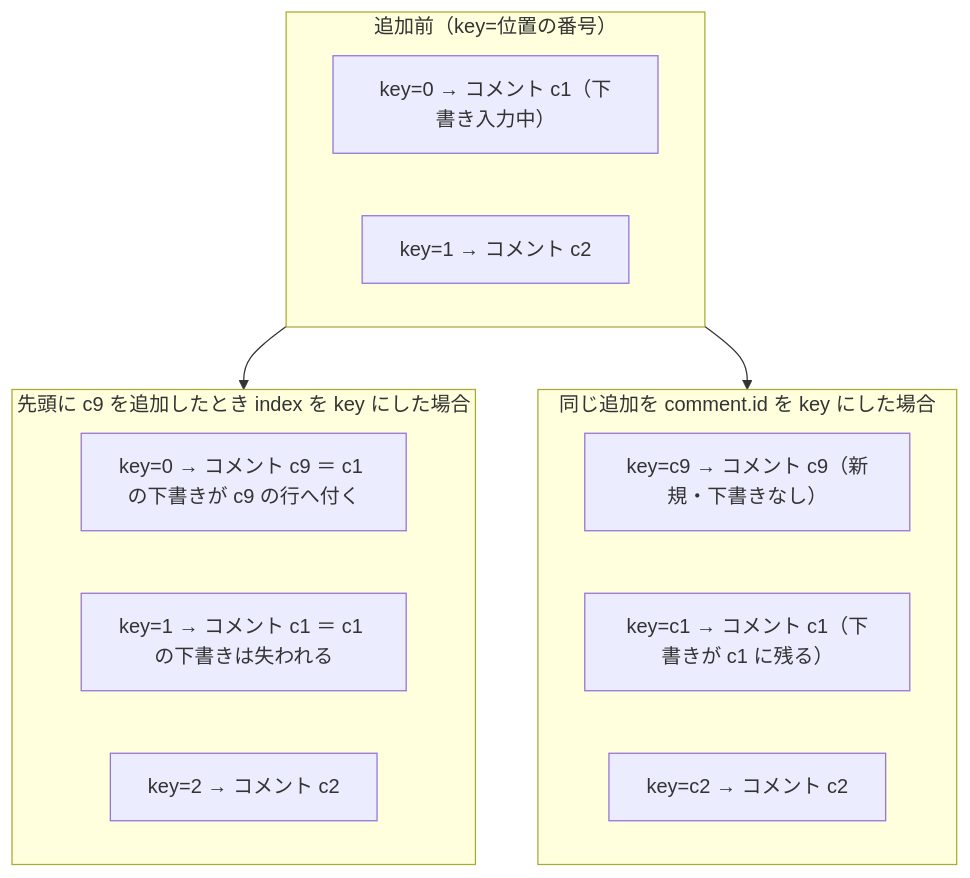
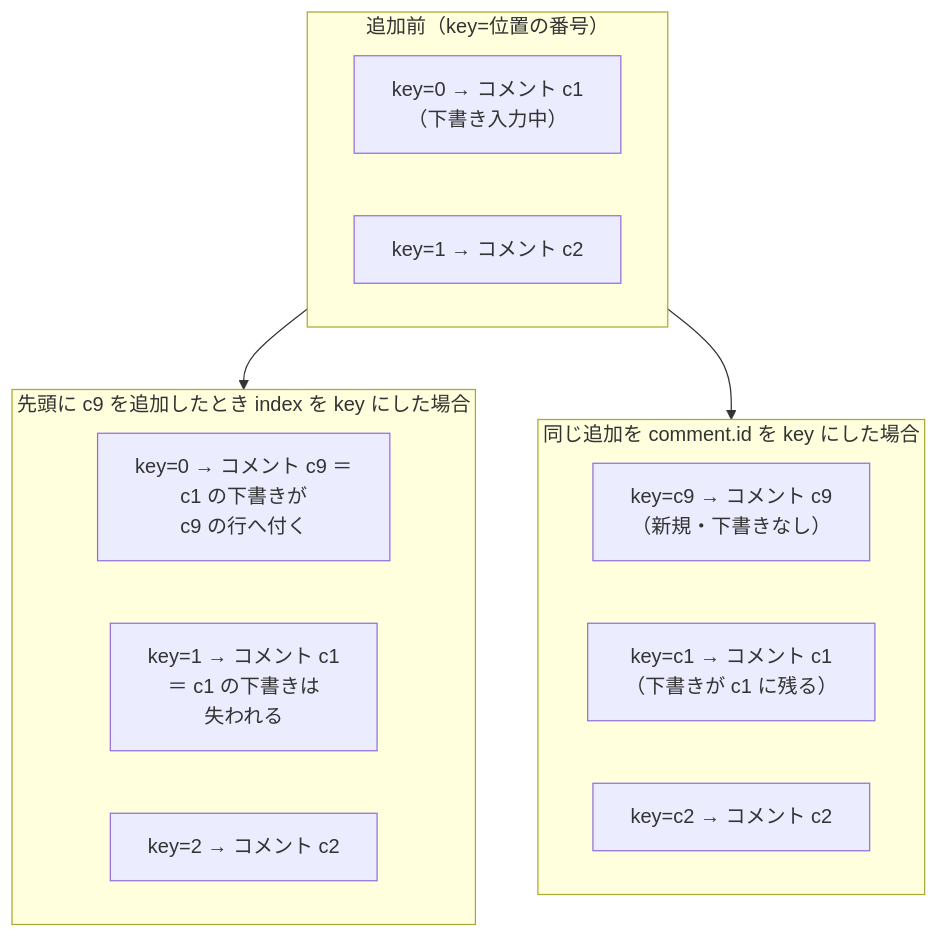
Before and after one commit to kouiso/task-app: the third of 3 diagrams in material/30days-curriculum/day18_コメント投稿.md, drawn with Mermaid. The commit also changed other lines of this file and 24 other files, not shown here.

First line of the commit message:
fix(material): Mermaid 図のファイル名キャプションとノード途中折れを直す (#457) (#718)

````diff
--- a/material/30days-curriculum/day18_コメント投稿.md
+++ b/material/30days-curriculum/day18_コメント投稿.md
@@ -1608,19 +1609,19 @@
 ```mermaid
 flowchart TB
     subgraph BEFORE["追加前（key=位置の番号）"]
-        B1["key=0 → コメント c1（下書き入力中）"]
+        B1["key=0 → コメント c1<br/>（下書き入力中）"]
         B2["key=1 → コメント c2"]
     end
     subgraph IDX["先頭に c9 を追加したとき index を key にした場合"]
-        I1["key=0 → コメント c9 ＝ c1 の下書きが c9 の行へ付く"]
-        I2["key=1 → コメント c1 ＝ c1 の下書きは失われる"]
+        I1["key=0 → コメント c9 ＝<br/>c1 の下書きが<br/>c9 の行へ付く"]
+        I2["key=1 → コメント c1<br/>＝ c1 の下書きは<br/>失われる"]
         I3["key=2 → コメント c2"]
     end
     subgraph IDK["同じ追加を comment.id を key にした場合"]
-        K1["key=c9 → コメント c9（新規・下書きなし）"]
-        K2["key=c1 → コメント c1（下書きが c1 に残る）"]
+        K1["key=c9 → コメント c9<br/>（新規・下書きなし）"]
+        K2["key=c1 → コメント c1<br/>（下書きが c1 に残る）"]
         K3["key=c2 → コメント c2"]
     end
     BEFORE --> IDX
     BEFORE --> IDK
 ```
````
